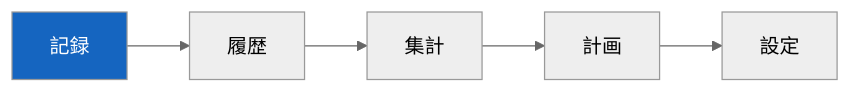
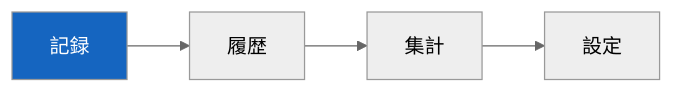
Before and after one commit to PLUG365/moneyplanner: the second of 6 diagrams in ARCHITECTURE.md, drawn with Mermaid (neutral theme). The commit also changed other lines of this file and 24 other files, not shown here.

````diff
--- a/ARCHITECTURE.md
+++ b/ARCHITECTURE.md
@@ -65,10 +62,9 @@
 ```mermaid
 graph LR
     A[記録] --> B[履歴]
     B --> C[集計]
-    C --> D[計画]
-    D --> E[設定]
+    C --> D[設定]
 
     A:::active
     classDef active fill:#1565C0,color:#fff
 ```
````
